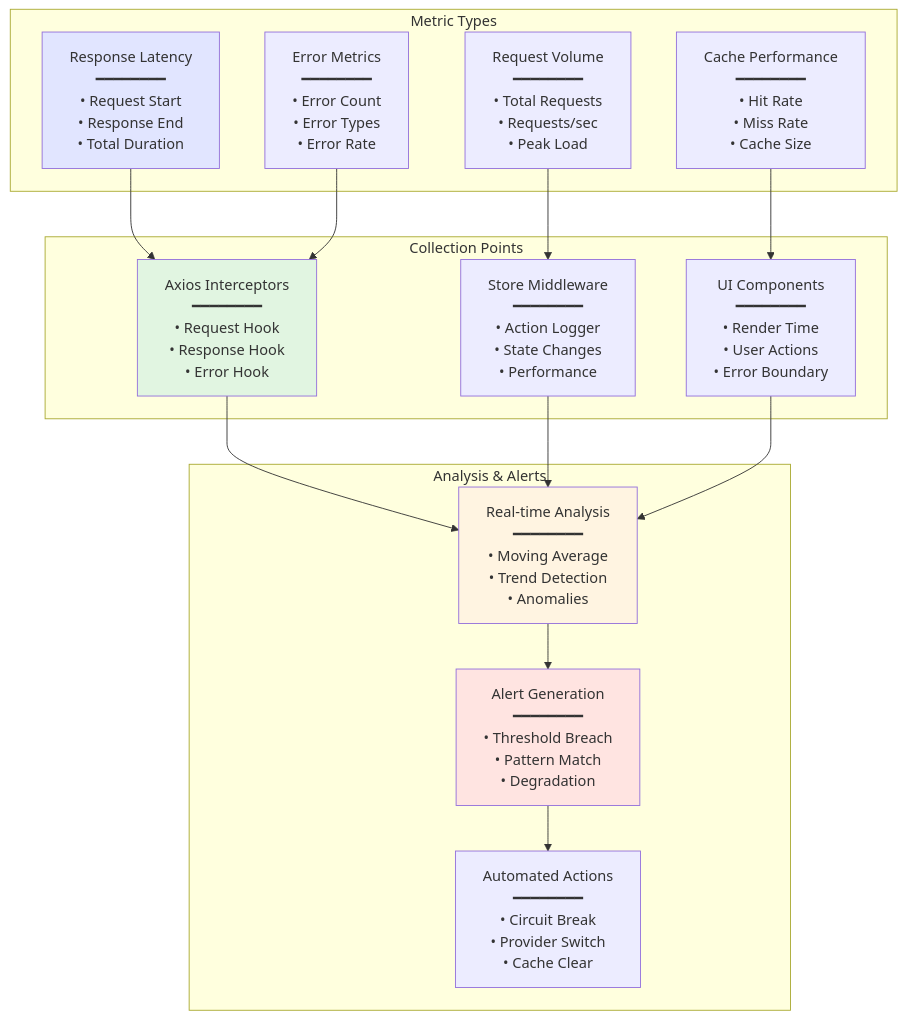
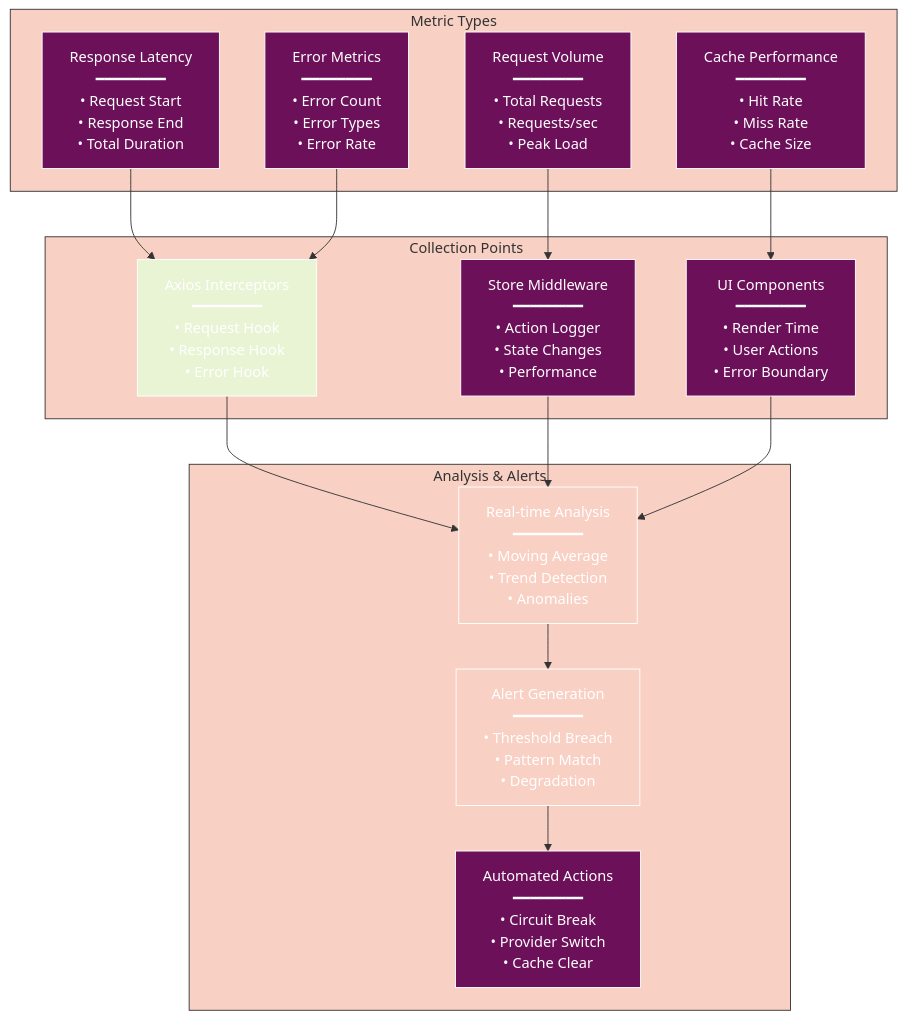
Before and after one commit to radicalkjax/Athena: diagram 18 of 22 in docs/API_CORS_HANDLING.md, drawn with Mermaid. The commit also changed other lines of this file and 27 other files, not shown here.

Commit message:
Introduction of expo package manager. Updated docs to reflect changes. Unified mermaid theme for docs.

````diff
--- a/docs/API_CORS_HANDLING.md
+++ b/docs/API_CORS_HANDLING.md
@@ -992,38 +1349,59 @@
 ```mermaid
+%%{init: {
+  'theme': 'base',
+  'themeVariables': {
+    'primaryColor': '#6d105a',
+    'primaryTextColor': '#ffffff',
+    'primaryBorderColor': '#ffffff',
+    'lineColor': '#333333',
+    'secondaryColor': '#e8f4d4',
+    'secondaryTextColor': '#333333',
+    'secondaryBorderColor': '#333333',
+    'tertiaryColor': '#f9d0c4',
+    'tertiaryTextColor': '#333333',
+    'tertiaryBorderColor': '#333333',
+    'background': '#ffffff',
+    'mainBkg': '#6d105a',
+    'secondBkg': '#e8f4d4',
+    'tertiaryBkg': '#f9d0c4',
+    'textColor': '#333333',
+    'fontFamily': 'Arial, sans-serif'
+  }
+}}%%
 graph TB
     subgraph "Metric Types"
         Latency[Response Latency<br/>━━━━━━━━<br/>• Request Start<br/>• Response End<br/>• Total Duration]
         Errors[Error Metrics<br/>━━━━━━━━<br/>• Error Count<br/>• Error Types<br/>• Error Rate]
         Volume[Request Volume<br/>━━━━━━━━<br/>• Total Requests<br/>• Requests/sec<br/>• Peak Load]
         Cache[Cache Performance<br/>━━━━━━━━<br/>• Hit Rate<br/>• Miss Rate<br/>• Cache Size]
     end
     
     subgraph "Collection Points"
         Interceptors[Axios Interceptors<br/>━━━━━━━━<br/>• Request Hook<br/>• Response Hook<br/>• Error Hook]
         Middleware[Store Middleware<br/>━━━━━━━━<br/>• Action Logger<br/>• State Changes<br/>• Performance]
         Components[UI Components<br/>━━━━━━━━<br/>• Render Time<br/>• User Actions<br/>• Error Boundary]
     end
     
     subgraph "Analysis & Alerts"
         RealTime[Real-time Analysis<br/>━━━━━━━━<br/>• Moving Average<br/>• Trend Detection<br/>• Anomalies]
         Alerts[Alert Generation<br/>━━━━━━━━<br/>• Threshold Breach<br/>• Pattern Match<br/>• Degradation]
         Actions[Automated Actions<br/>━━━━━━━━<br/>• Circuit Break<br/>• Provider Switch<br/>• Cache Clear]
     end
     
     Latency --> Interceptors
     Errors --> Interceptors
     Volume --> Middleware
     Cache --> Components
     
     Interceptors --> RealTime
     Middleware --> RealTime
     Components --> RealTime
     
     RealTime --> Alerts
     Alerts --> Actions
     
-    style Latency fill:#e1e5ff
-    style Interceptors fill:#e1f5e1
-    style RealTime fill:#fff4e1
-    style Alerts fill:#ffe4e1
+    style Latency fill:#6d105a
+    style Interceptors fill:#e8f4d4
+    style RealTime fill:#f9d0c4
+    style Alerts fill:#f9d0c4
 ```
````
